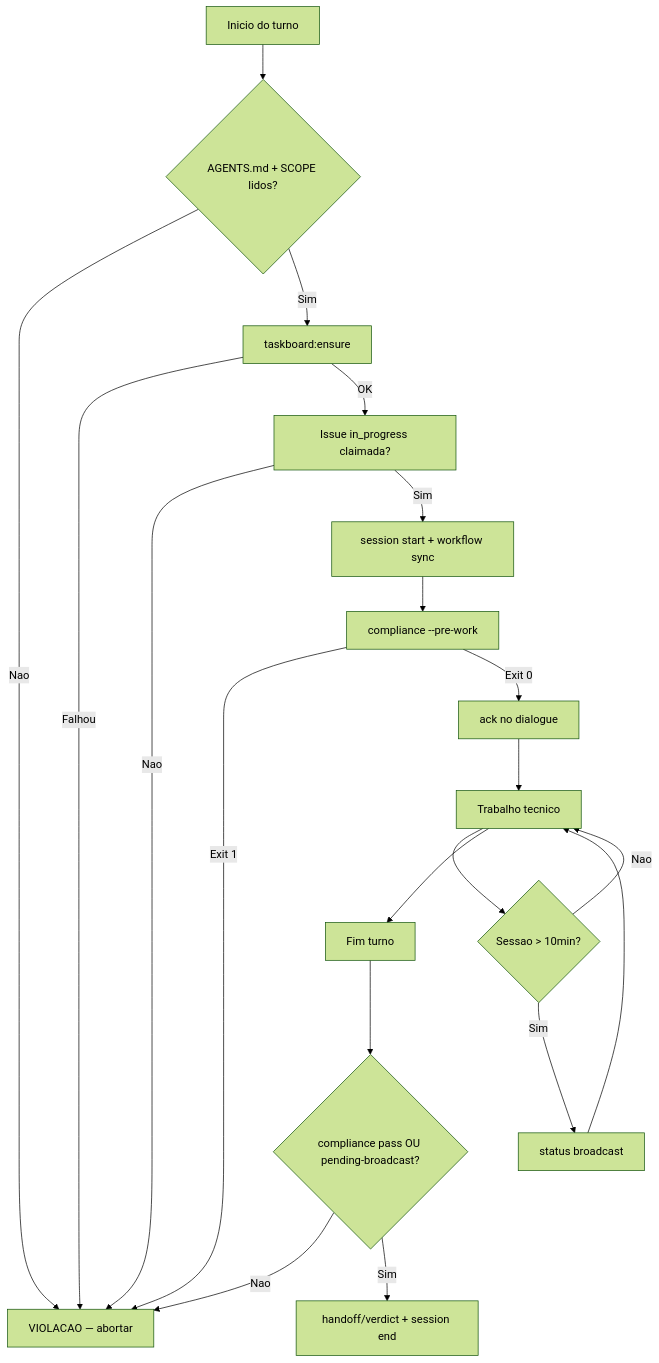
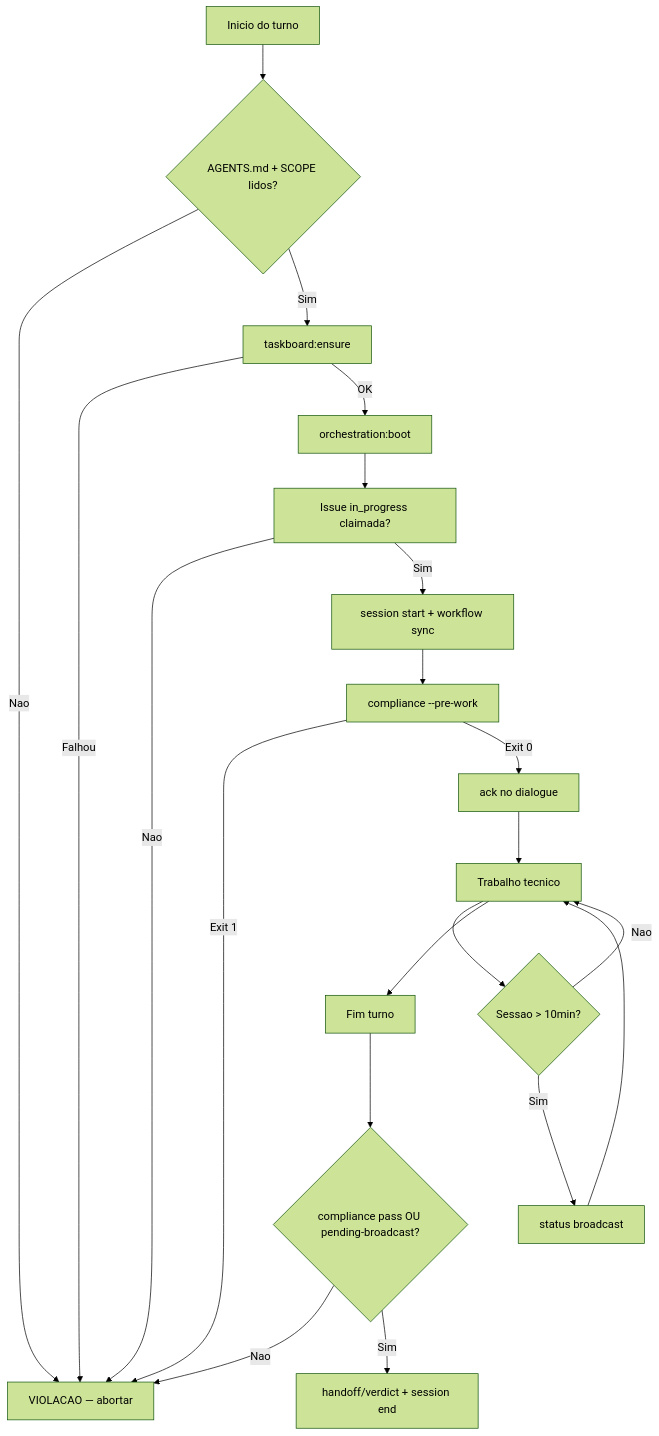
One commit to jcafeitosa/anxionOS changed the diagram in .cursor/orchestration/MANDATORY-COMPLIANCE.md. Above: the diagram before and after it, drawn with Mermaid (forest theme). The commit also changed other lines of this file and 1157 other files, not shown here.

````diff
--- a/.cursor/orchestration/MANDATORY-COMPLIANCE.md
+++ b/.cursor/orchestration/MANDATORY-COMPLIANCE.md
@@ -63,22 +70,23 @@
 ```mermaid
 flowchart TD
   A[Inicio do turno] --> B{AGENTS.md + SCOPE lidos?}
   B -->|Nao| X[VIOLACAO — abortar]
   B -->|Sim| C[taskboard:ensure]
   C -->|Falhou| X
-  C -->|OK| D[Issue in_progress claimada?]
+  C -->|OK| C2[orchestration:boot]
+  C2 --> D[Issue in_progress claimada?]
   D -->|Nao| X
   D -->|Sim| E[session start + workflow sync]
   E --> F[compliance --pre-work]
   F -->|Exit 1| X
   F -->|Exit 0| G[ack no dialogue]
   G --> H[Trabalho tecnico]
   H --> I{Sessao > 10min?}
   I -->|Sim| J[status broadcast]
   J --> H
   I -->|Nao| H
   H --> K[Fim turno]
   K --> L{compliance pass OU pending-broadcast?}
   L -->|Nao| X
   L -->|Sim| M[handoff/verdict + session end]
 ```
````
